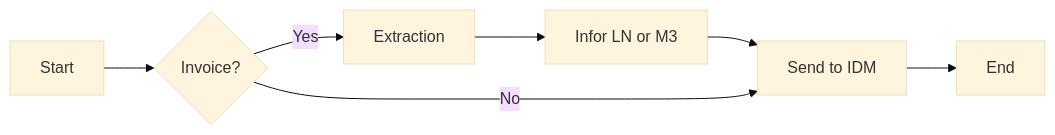
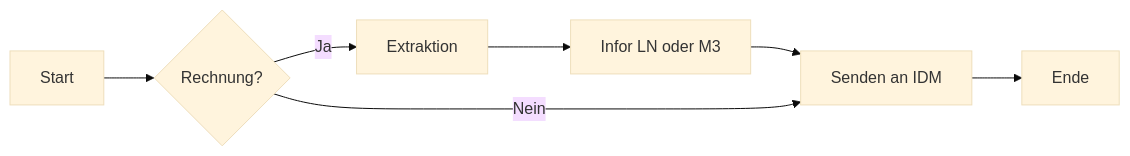
The diagram in docs/de/doc2/export/export-to-infor/index.md (Fellow-Consulting-AG/docapp-docs), drawn with Mermaid (base theme) before and after one commit. The commit also changed other lines of this file and 3396 other files, not shown here.

````diff
--- a/docs/de/doc2/export/export-to-infor/index.md
+++ b/docs/de/doc2/export/export-to-infor/index.md
@@ -15,9 +12,9 @@
 ``` mermaid
 graph LR
-  A[Start] --> B{Invoice?};
-  B -->|Yes| C[Extraction];
-  C --> D[Infor LN or M3];
-  D --> E[Send to IDM];
-  B ---->|No| E[Send to IDM];
-  E --> F[End];
+  A[Start] --> B{Rechnung?};
+  B -->|Ja| C[Extraktion];
+  C --> D[Infor LN oder M3];
+  D --> E[Senden an IDM];
+  B ---->|Nein| E[Senden an IDM];
+  E --> F[Ende];
 ```
````
